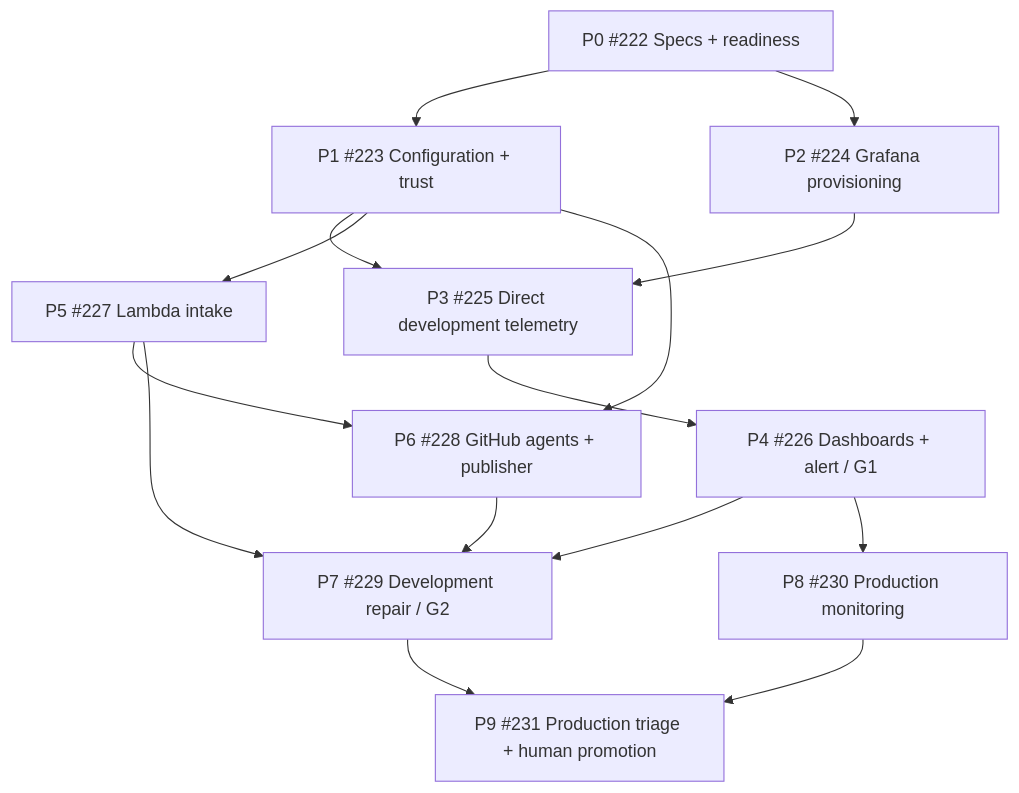
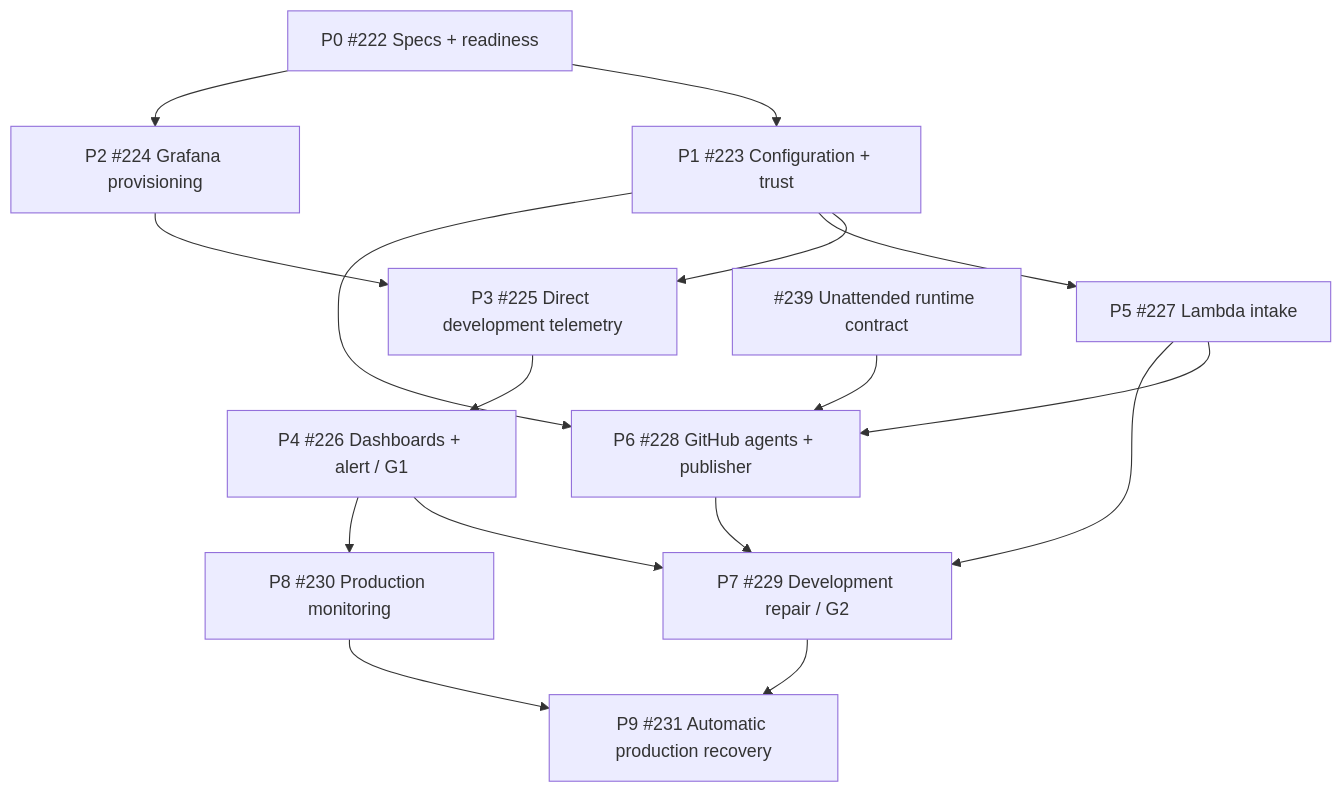
The diagram in docs/plans/monitoring-implementation.md (alanlima/pawlocal), drawn with Mermaid before and after one commit. The commit also changed other lines of this file and 11 other files, not shown here.

First line of the commit message:
docs: define fully unattended incident recovery MVP (#239) (#240)

````diff
--- a/docs/plans/monitoring-implementation.md
+++ b/docs/plans/monitoring-implementation.md
@@ -34,17 +36,18 @@
 ```mermaid
 flowchart TD
     P0["P0 #222 Specs + readiness"] --> P1["P1 #223 Configuration + trust"]
     P0 --> P2["P2 #224 Grafana provisioning"]
     P1 --> P3["P3 #225 Direct development telemetry"]
     P2 --> P3
     P3 --> P4["P4 #226 Dashboards + alert / G1"]
     P1 --> P5["P5 #227 Lambda intake"]
+    S239["#239 Unattended runtime contract"] --> P6
     P1 --> P6["P6 #228 GitHub agents + publisher"]
     P5 --> P6
     P4 --> P7["P7 #229 Development repair / G2"]
     P5 --> P7
     P6 --> P7
     P4 --> P8["P8 #230 Production monitoring"]
-    P7 --> P9["P9 #231 Production triage + human promotion"]
+    P7 --> P9["P9 #231 Automatic production recovery"]
     P8 --> P9
 ```
````
